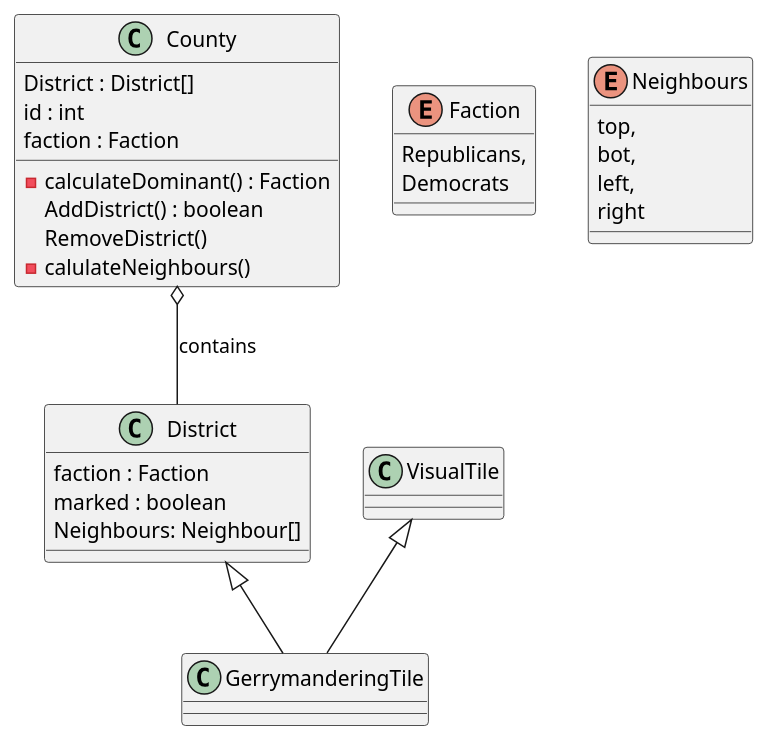
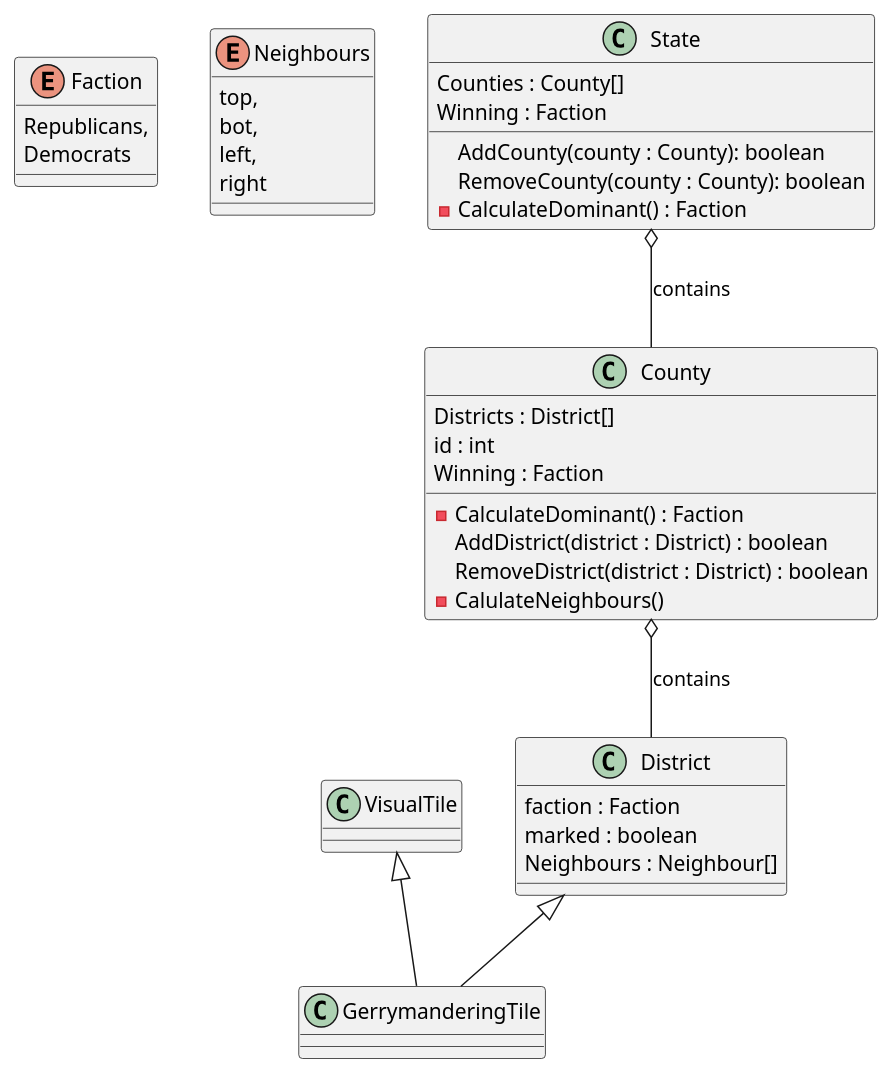
One commit to Buecherregale/Gerrymandering changed the diagram in obsidian/Gerrymandering/Class Digramm.md. Above: the diagram before and after it, drawn with PlantUML.

Commit message:
update class diagramm

````diff
--- a/obsidian/Gerrymandering/Class Digramm.md
+++ b/obsidian/Gerrymandering/Class Digramm.md
@@ -2,44 +2,53 @@
 ```plantuml
-
-class GerrymanderingTile {
-
-}
-
-class District {
-	faction : Faction 
-	marked : boolean
-	Neighbours: Neighbour[] 
-}
-
-class VisualTile {
-
-}
-
-class County {
-	District : District[]
-	id : int
-	faction : Faction 
-	- calculateDominant() : Faction
-	AddDistrict() : boolean
-	RemoveDistrict()
-	- calulateNeighbours()
-}
 
 enum Faction {
  Republicans,
  Democrats
 }
 
 enum Neighbours {
 	top,
 	bot,
 	left,
 	right
 }
 
+class GerrymanderingTile {
+
+}
+
+class VisualTile {
+
+}
+
+class District {
+	faction : Faction 
+	marked : boolean
+	Neighbours : Neighbour[] 
+}
+
+class County {
+	Districts : District[]
+	id : int
+	Winning : Faction 
+	- CalculateDominant() : Faction
+	AddDistrict(district : District) : boolean
+	RemoveDistrict(district : District) : boolean
+	- CalulateNeighbours()
+}
+
+class State {
+	Counties : County[]
+	Winning : Faction
+	AddCounty(county : County): boolean
+	RemoveCounty(county : County): boolean
+	- CalculateDominant() : Faction
+}
+
 District <|-- GerrymanderingTile
 VisualTile <|-- GerrymanderingTile
 County o-- District : contains
+State o-- County : contains
 
 
 ```
````
